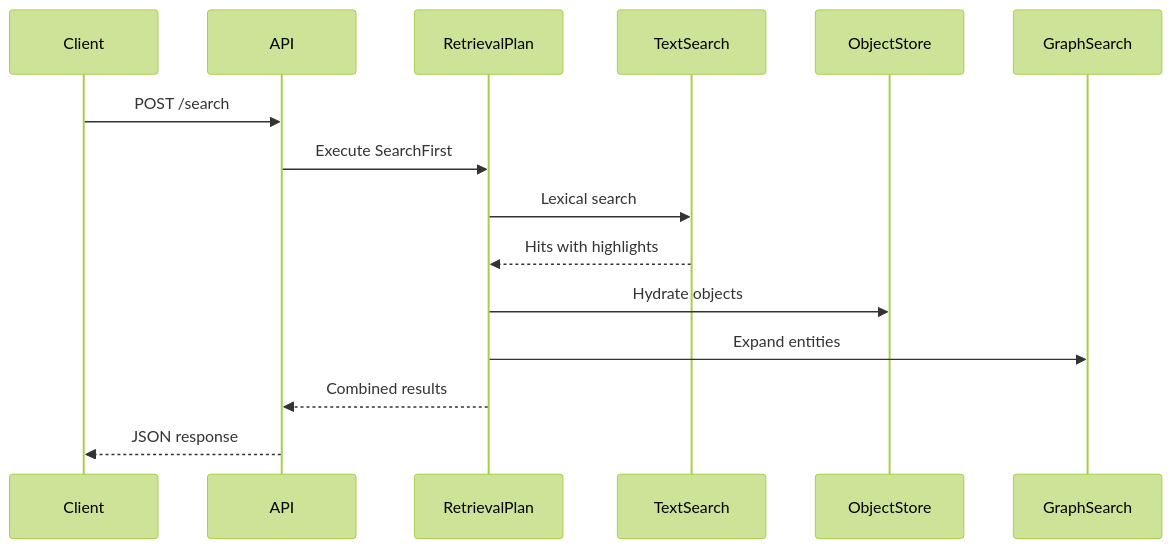
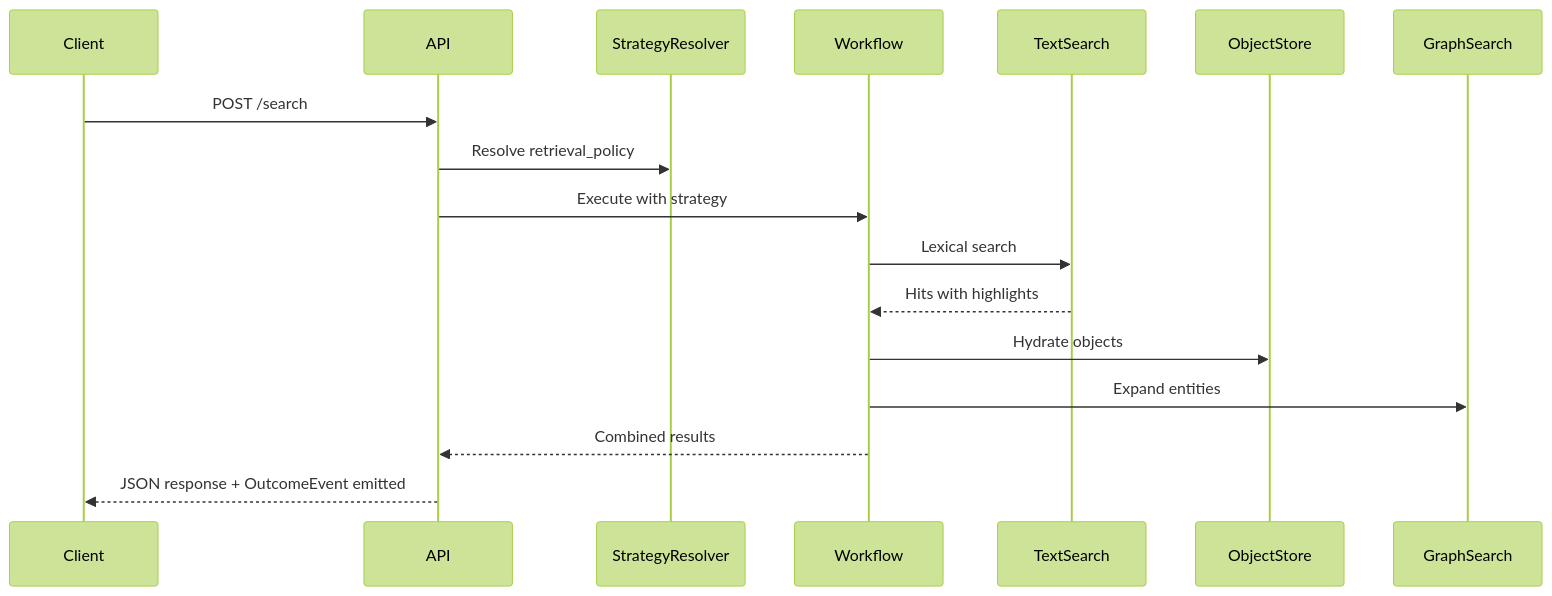
The second of 3 diagrams in docs/architecture/overview.mdx (cogmemai/cogmem-kos), drawn with Mermaid (forest theme) before and after one commit. The commit also changed other lines of this file and 46 other files, not shown here.

````diff
--- a/docs/architecture/overview.mdx
+++ b/docs/architecture/overview.mdx
@@ -75,18 +92,20 @@
 ```mermaid
 sequenceDiagram
     participant Client
     participant API
-    participant RetrievalPlan
+    participant StrategyResolver
+    participant Workflow
     participant TextSearch
     participant ObjectStore
     participant GraphSearch
 
     Client->>API: POST /search
-    API->>RetrievalPlan: Execute SearchFirst
-    RetrievalPlan->>TextSearch: Lexical search
-    TextSearch-->>RetrievalPlan: Hits with highlights
-    RetrievalPlan->>ObjectStore: Hydrate objects
-    RetrievalPlan->>GraphSearch: Expand entities
-    RetrievalPlan-->>API: Combined results
-    API-->>Client: JSON response
+    API->>StrategyResolver: Resolve retrieval_policy
+    API->>Workflow: Execute with strategy
+    Workflow->>TextSearch: Lexical search
+    TextSearch-->>Workflow: Hits with highlights
+    Workflow->>ObjectStore: Hydrate objects
+    Workflow->>GraphSearch: Expand entities
+    Workflow-->>API: Combined results
+    API-->>Client: JSON response + OutcomeEvent emitted
 ```
````
